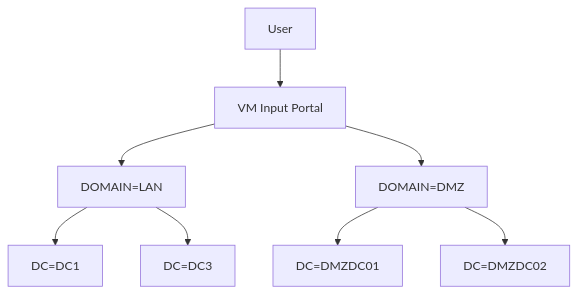
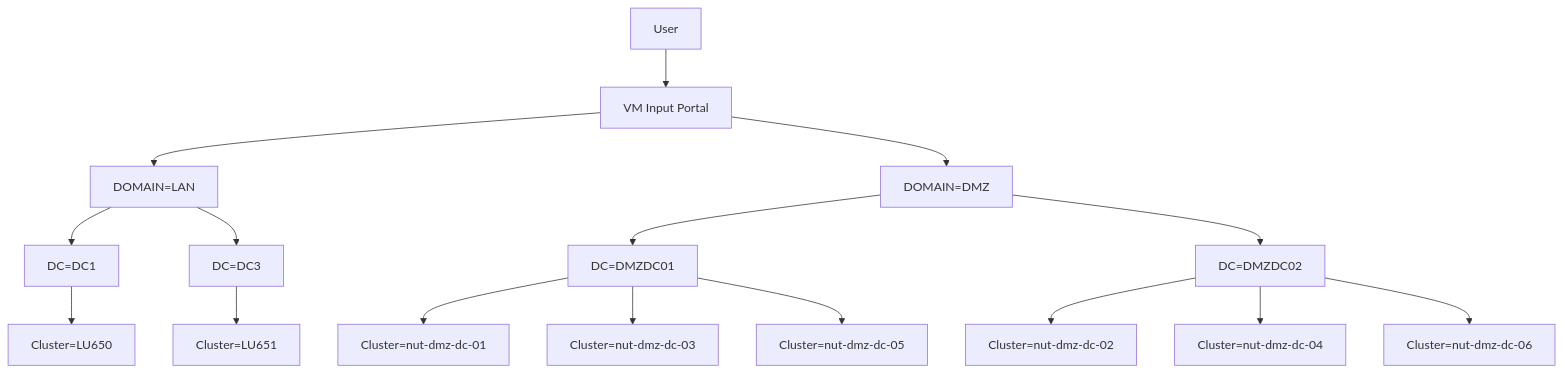
One commit to steve3535/provisioning changed the diagram in decision_tree.md. Above: the diagram before and after it, drawn with Mermaid.

````diff
--- a/decision_tree.md
+++ b/decision_tree.md
@@ -1,10 +1,18 @@
 ```mermaid
 graph TD
    A[User] --> B[VM Input Portal]
    B --> C[DOMAIN=LAN]
    B --> D[DOMAIN=DMZ]
    C --> E[DC=DC1]
    C --> F[DC=DC3]
    D --> G[DC=DMZDC01]
    D --> H[DC=DMZDC02]
+   E --> I[Cluster=LU650]
+   F --> J[Cluster=LU651]
+   G --> K[Cluster=nut-dmz-dc-01]
+   G --> L[Cluster=nut-dmz-dc-03]
+   G --> M[Cluster=nut-dmz-dc-05]
+   H --> N[Cluster=nut-dmz-dc-02]
+   H --> O[Cluster=nut-dmz-dc-04]
+   H --> P[Cluster=nut-dmz-dc-06]
 ```
````
